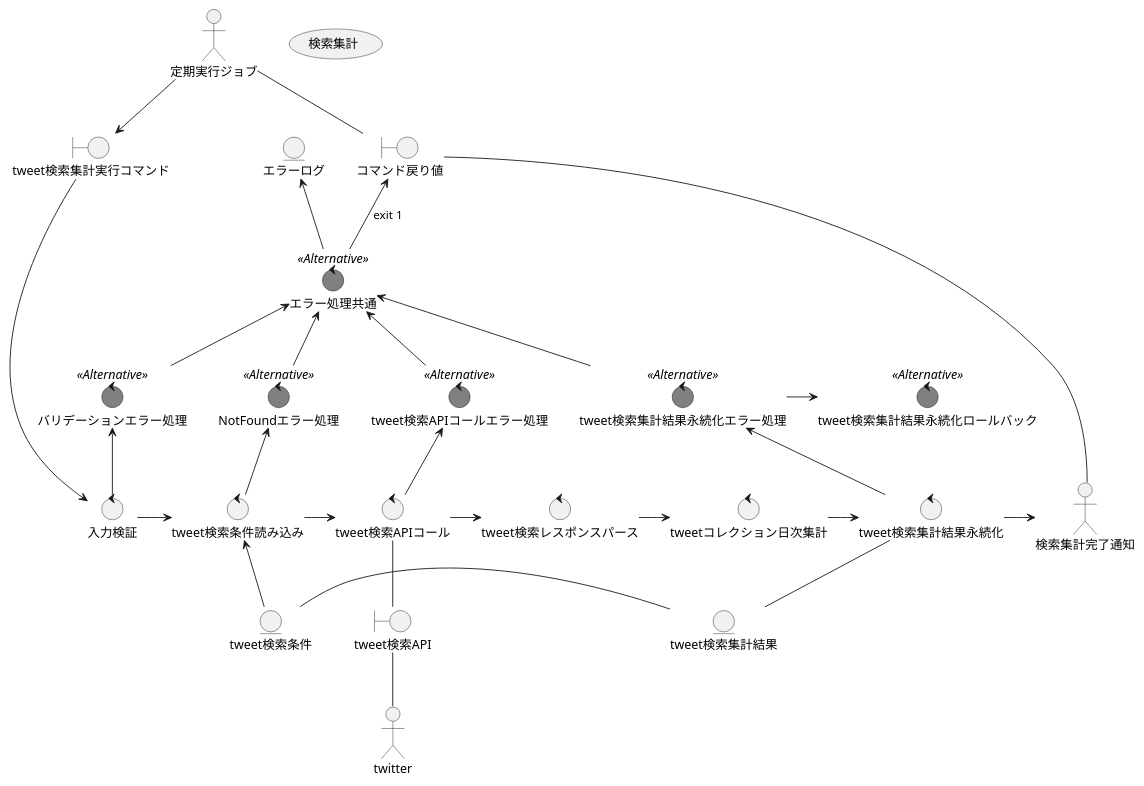
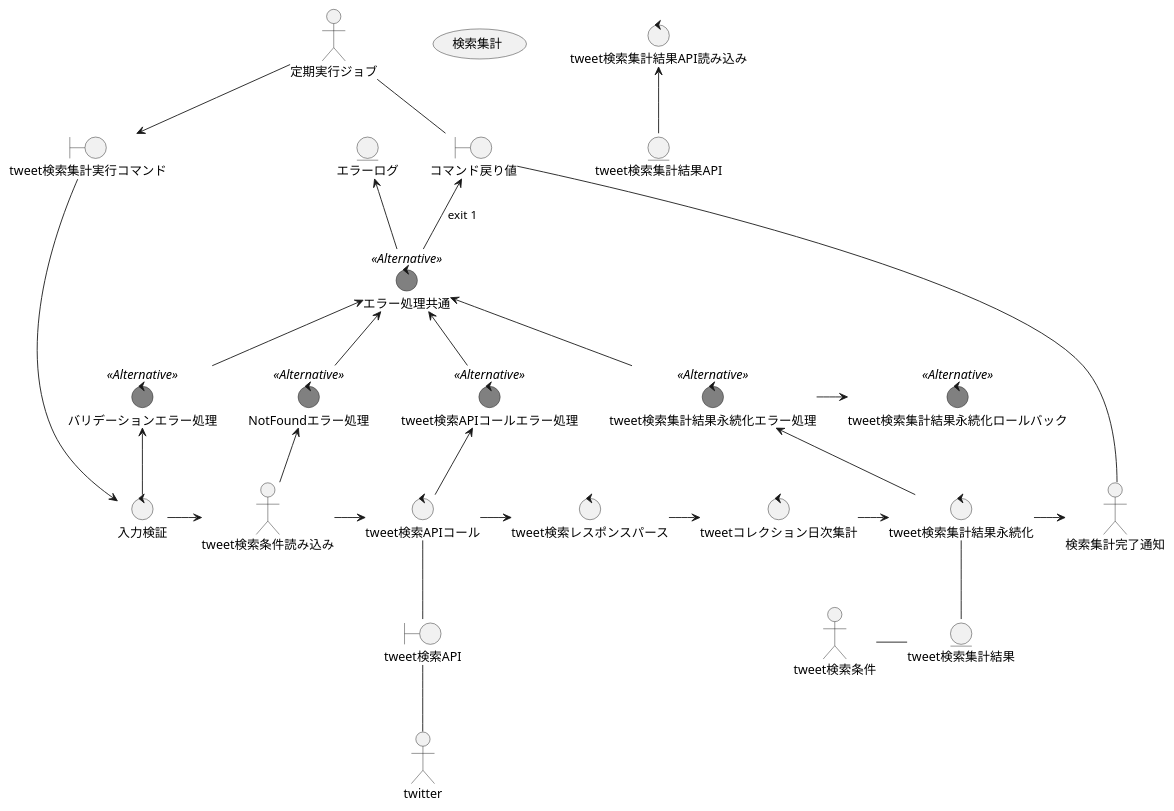
One commit to wand2016/twitter-counter-api-generator changed the diagram in analysis/search_and_aggregate/robustness.puml. Above: the diagram before and after it, drawn with PlantUML. The commit also changed 1 other file, not shown here.

```diff
--- a/analysis/search_and_aggregate/robustness.puml
+++ b/analysis/search_and_aggregate/robustness.puml
@@ -1,68 +1,68 @@
 @startuml
 
 
 'left to right direction
 
 skinparam control {
   BackgroundColor<<Alternative>> Gray
 }
 
 usecase 検索集計
 
 actor 定期実行ジョブ
 boundary tweet検索集計実行コマンド
 control 入力検証
-control tweet検索条件読み込み
-entity tweet検索条件
+control tweet検索集計結果API読み込み
+entity tweet検索集計結果API
 control tweet検索APIコール
 boundary tweet検索API
 actor twitter
 control tweet検索レスポンスパース
 control tweetコレクション日次集計
 control tweet検索集計結果永続化
 entity tweet検索集計結果
 boundary コマンド戻り値
 
 entity エラーログ
 control エラー処理共通 <<Alternative>>
 control バリデーションエラー処理 <<Alternative>>
 control NotFoundエラー処理 <<Alternative>>
 control tweet検索APIコールエラー処理 <<Alternative>>
 control tweet検索集計結果永続化エラー処理 <<Alternative>>
 control tweet検索集計結果永続化ロールバック <<Alternative>>
 
 
 定期実行ジョブ -d-> tweet検索集計実行コマンド
 tweet検索集計実行コマンド ---d-> 入力検証
 入力検証 -r-> tweet検索条件読み込み
-tweet検索条件読み込み <-d- tweet検索条件
+tweet検索集計結果API読み込み <-d- tweet検索集計結果API
 tweet検索条件読み込み -r-> tweet検索APIコール
 tweet検索APIコール -d- tweet検索API
 tweet検索API -d- twitter
 tweet検索APIコール -> tweet検索レスポンスパース
 tweet検索レスポンスパース -r-> tweetコレクション日次集計
 tweetコレクション日次集計 -r-> tweet検索集計結果永続化
 tweet検索集計結果永続化 -d- tweet検索集計結果
 tweet検索条件 -r- tweet検索集計結果
 tweet検索集計結果永続化 -r-> 検索集計完了通知
 検索集計完了通知 -u--- コマンド戻り値
 コマンド戻り値 -u- 定期実行ジョブ
 
 
 エラー処理共通 -u-> エラーログ
 エラー処理共通 -u-> コマンド戻り値 : exit 1
 
 入力検証 -u-> バリデーションエラー処理
 バリデーションエラー処理 -u-> エラー処理共通
 
 tweet検索条件読み込み -u-> NotFoundエラー処理
 NotFoundエラー処理 -u-> エラー処理共通
 
 tweet検索APIコール -u-> tweet検索APIコールエラー処理
 tweet検索APIコールエラー処理 -u-> エラー処理共通
 
 tweet検索集計結果永続化 -u-> tweet検索集計結果永続化エラー処理
 tweet検索集計結果永続化エラー処理 -r-> tweet検索集計結果永続化ロールバック
 tweet検索集計結果永続化エラー処理 -u-> エラー処理共通
 
 @enduml
```
